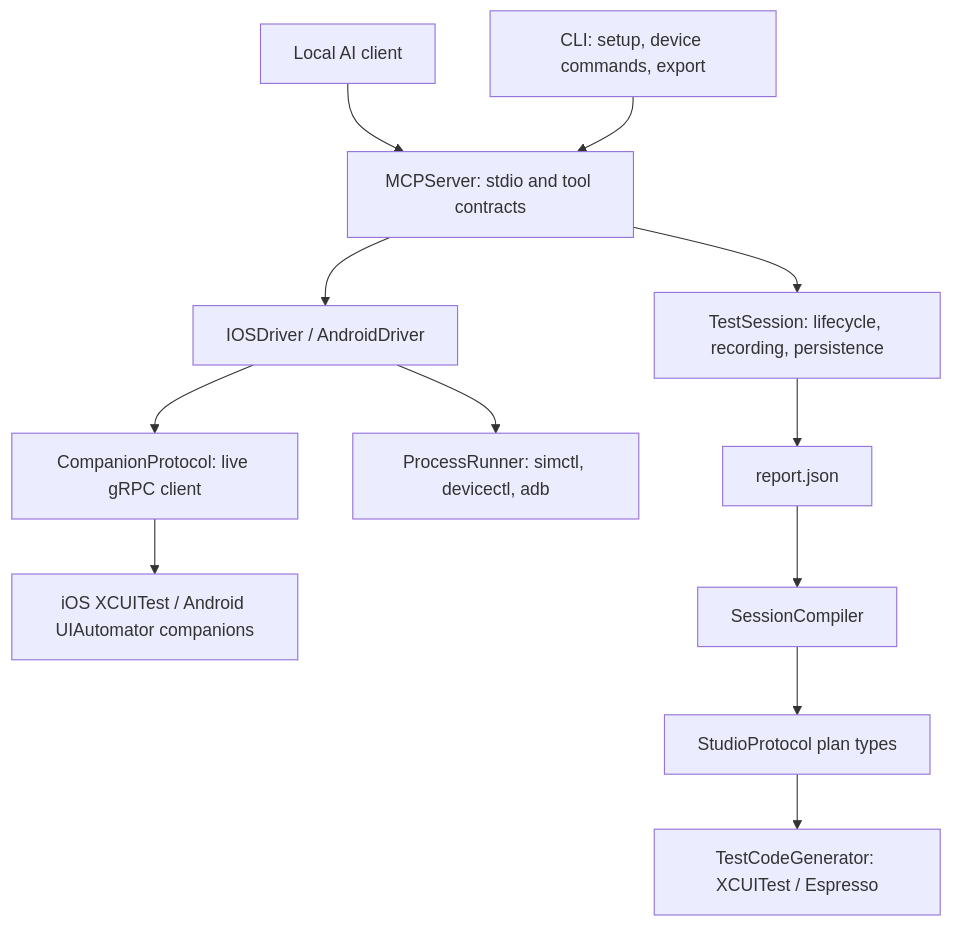
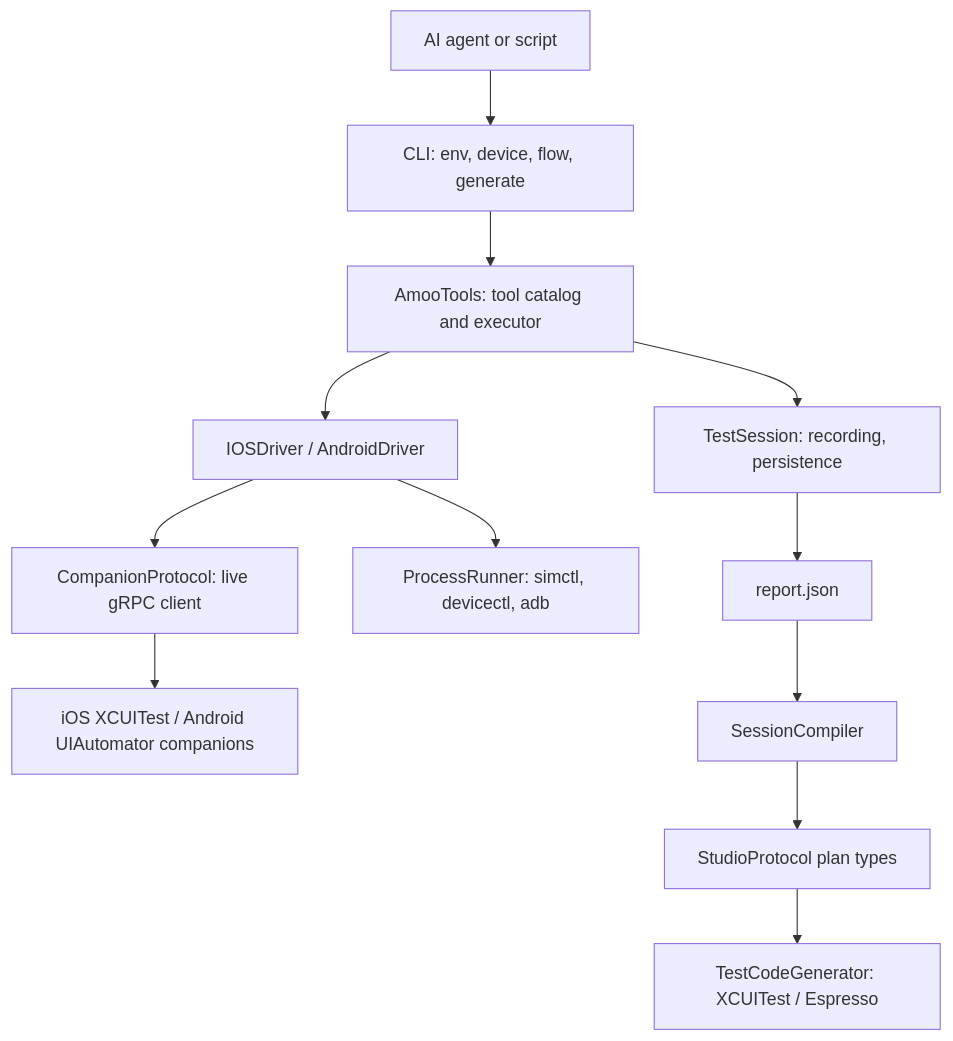
Before and after one commit to ArjangConsulting/amoo-ai: the diagram in docs/current-architecture.md, drawn with Mermaid. The commit also changed other lines of this file and 16 other files, not shown here.

Commit message:
Describe the CLI, not an MCP server, across the docs

````diff
--- a/docs/current-architecture.md
+++ b/docs/current-architecture.md
@@ -6,14 +6,14 @@
 ```mermaid
 flowchart TD
-  AI[Local AI client] --> MCP[MCPServer: stdio and tool contracts]
-  CLI[CLI: setup, device commands, export] --> MCP
-  MCP --> Sessions[TestSession: lifecycle, recording, persistence]
-  MCP --> Drivers[IOSDriver / AndroidDriver]
+  AI[AI agent or script] --> CLI[CLI: env, device, flow, generate]
+  CLI --> Tools[AmooTools: tool catalog and executor]
+  Tools --> Sessions[TestSession: recording, persistence]
+  Tools --> Drivers[IOSDriver / AndroidDriver]
   Drivers --> Protocol[CompanionProtocol: live gRPC client]
   Protocol --> Companion[iOS XCUITest / Android UIAutomator companions]
   Drivers --> Host[ProcessRunner: simctl, devicectl, adb]
   Sessions --> Reports[report.json]
   Reports --> Compiler[SessionCompiler]
   Compiler --> Plan[StudioProtocol plan types]
   Plan --> Generator[TestCodeGenerator: XCUITest / Espresso]
 ```
````
